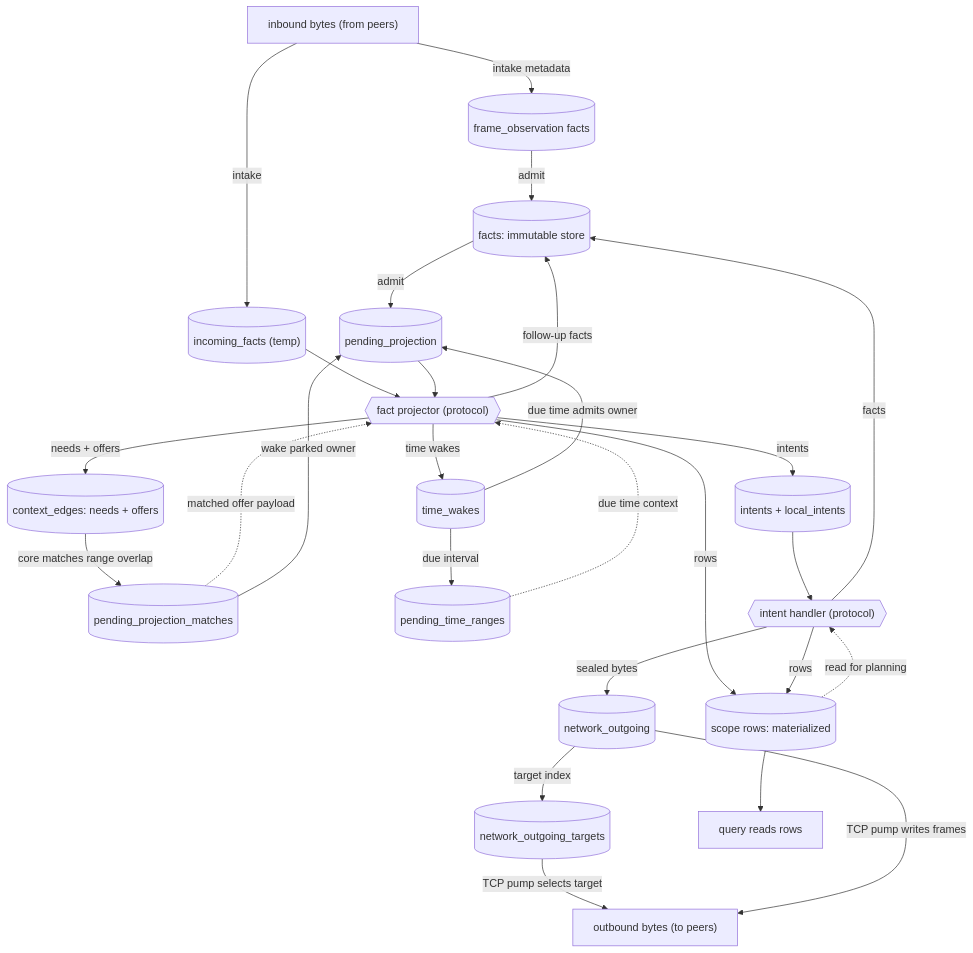
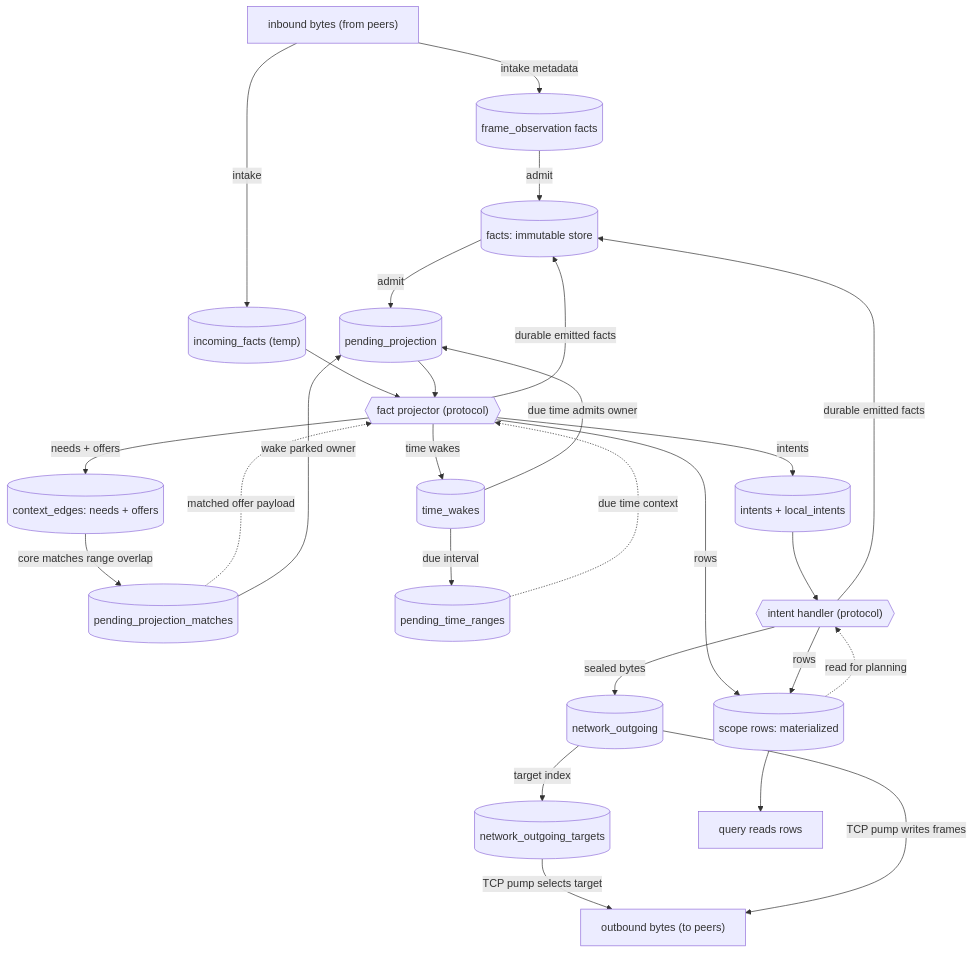
Before and after one commit to holmesworcester/poc-10: the first of 5 diagrams in ARCHITECTURE_DIAGRAMS.md, drawn with Mermaid. The commit also changed other lines of this file and 2 other files, not shown here.

Commit message:
docs: clarify parked needs and emitted facts

````diff
--- a/ARCHITECTURE_DIAGRAMS.md
+++ b/ARCHITECTURE_DIAGRAMS.md
@@ -77,52 +81,52 @@
 ```mermaid
 %%{init: {"flowchart": {"wrappingWidth": 300}} }%%
 flowchart TD
     FACTS[("facts: immutable store")]
     PENDING[("pending_projection")]
     NETIN["inbound bytes (from peers)"]
     INCOMING[("incoming_facts (temp)")]
     OBS[("frame_observation facts")]
     PROJECTOR{{"fact projector (protocol)"}}
     CONTEXT[("context_edges: needs + offers")]
     MATCHES[("pending_projection_matches")]
     TIME_CTX[("pending_time_ranges")]
     WAKES[("time_wakes")]
     INTENTS[("intents + local_intents")]
     HANDLER{{"intent handler (protocol)"}}
     OUT[("network_outgoing")]
     TARGETS[("network_outgoing_targets")]
     NETOUT["outbound bytes (to peers)"]
     ROWS[("scope rows: materialized")]
     QUERY["query reads rows"]
 
     NETIN -->|intake| INCOMING
     NETIN -->|intake metadata| OBS
     OBS -->|admit| FACTS
     FACTS -->|admit| PENDING
     INCOMING --> PROJECTOR
     PENDING --> PROJECTOR
     MATCHES -.matched offer payload.-> PROJECTOR
     TIME_CTX -.due time context.-> PROJECTOR
 
     PROJECTOR -->|needs + offers| CONTEXT
     PROJECTOR -->|time wakes| WAKES
     PROJECTOR -->|intents| INTENTS
-    PROJECTOR -->|follow-up facts| FACTS
+    PROJECTOR -->|durable emitted facts| FACTS
     PROJECTOR -->|rows| ROWS
 
     CONTEXT -->|core matches range overlap| MATCHES
     MATCHES -->|wake parked owner| PENDING
     WAKES -->|due time admits owner| PENDING
     WAKES -->|due interval| TIME_CTX
 
     INTENTS --> HANDLER
-    HANDLER -->|facts| FACTS
+    HANDLER -->|durable emitted facts| FACTS
     HANDLER -->|rows| ROWS
     HANDLER -->|sealed bytes| OUT
 
     OUT -->|target index| TARGETS
     TARGETS -->|TCP pump selects target| NETOUT
     OUT -->|TCP pump writes frames| NETOUT
     ROWS --> QUERY
     ROWS -.read for planning.-> HANDLER
 ```
````
